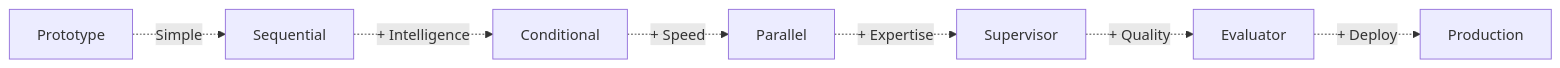
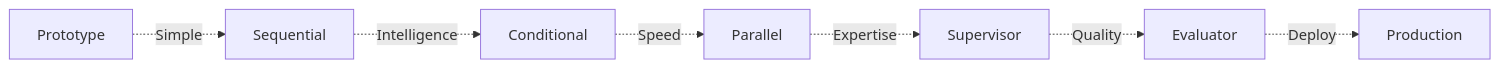
One commit to rulala/fac-ws_ai_multi-agent changed the first of 10 diagrams in PATTERNS.md. Above: the diagram before and after it, drawn with Mermaid.

````diff
--- a/PATTERNS.md
+++ b/PATTERNS.md
@@ -5,9 +5,9 @@
 ```mermaid
 graph LR
     Start[Prototype] -.->|Simple| A[Sequential]
-    A -.->|+ Intelligence| B[Conditional]
-    B -.->|+ Speed| C[Parallel]
-    C -.->|+ Expertise| D[Supervisor]
-    D -.->|+ Quality| E[Evaluator]
-    E -.->|+ Deploy| F[Production]
+    A -.->|Intelligence| B[Conditional]
+    B -.->|Speed| C[Parallel]
+    C -.->|Expertise| D[Supervisor]
+    D -.->|Quality| E[Evaluator]
+    E -.->|Deploy| F[Production]
 ```
````
